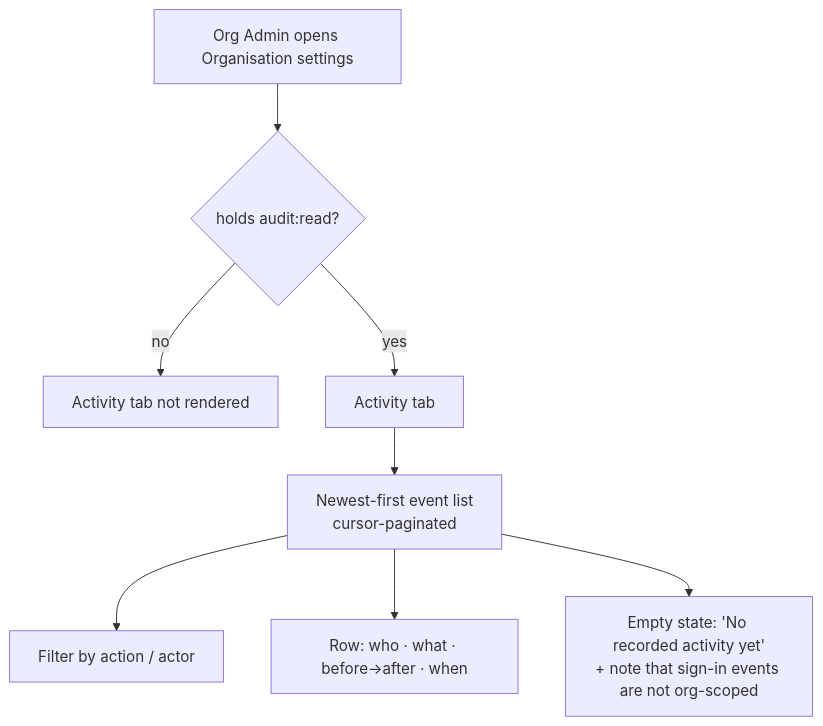
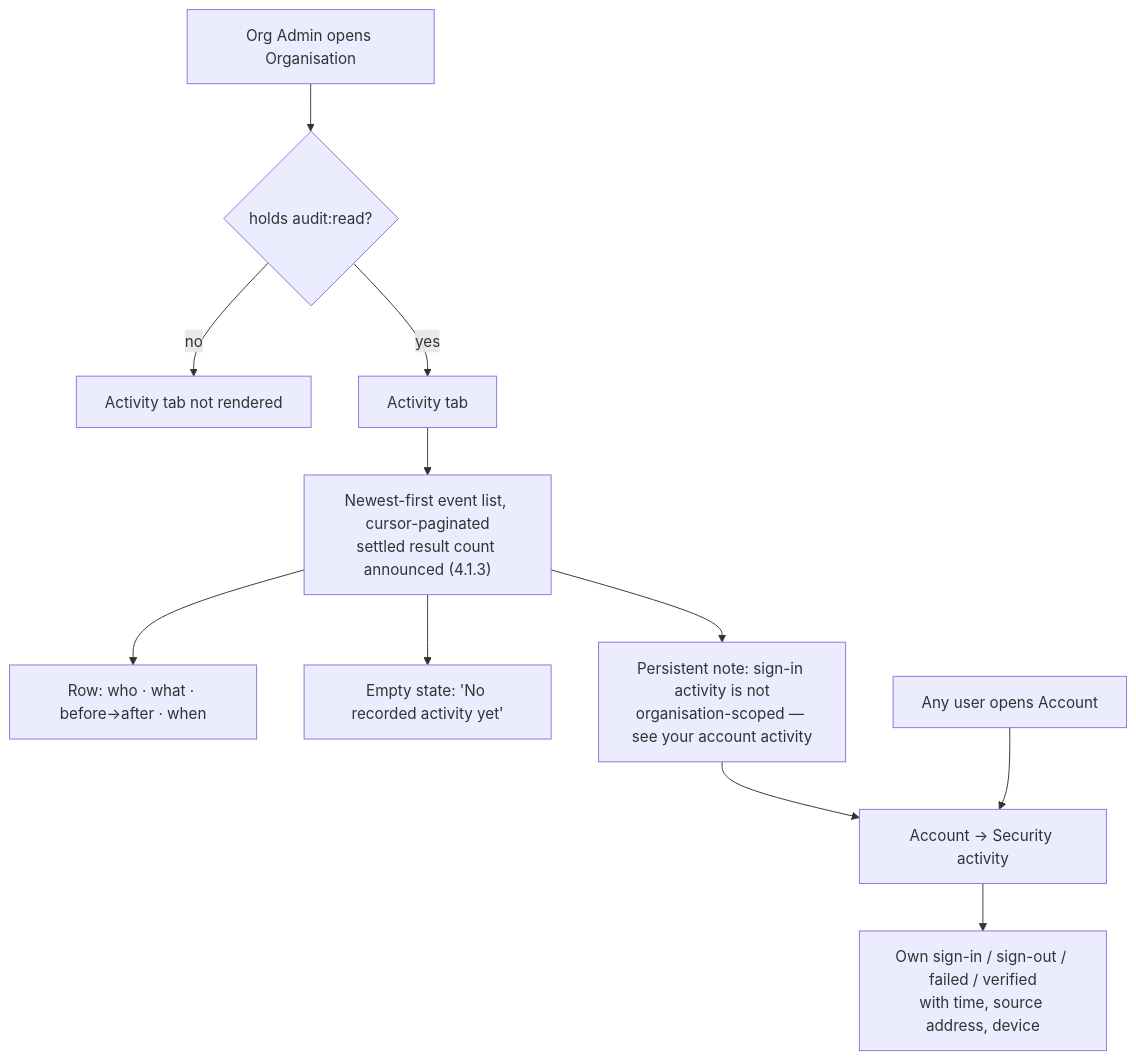
Before and after one commit to HuttonHomeHub/SchedulePoint_1: the fourth of 5 diagrams in docs/specs/audit-log/feature-spec.md, drawn with Mermaid. The commit also changed other lines of this file and 4 other files, not shown here.

First line of the commit message:
feat(api): add the audit:read permission, granted to Org Admin only

````diff
--- a/docs/specs/audit-log/feature-spec.md
+++ b/docs/specs/audit-log/feature-spec.md
@@ -439,10 +614,14 @@
 ```mermaid
 flowchart TD
-  A["Org Admin opens Organisation settings"] --> B{"holds audit:read?"}
+  A["Org Admin opens Organisation"] --> B{"holds audit:read?"}
   B -- no --> C["Activity tab not rendered"]
   B -- yes --> D["Activity tab"]
-  D --> E["Newest-first event list<br/>cursor-paginated"]
-  E --> F["Filter by action / actor"]
+  D --> E["Newest-first event list, cursor-paginated<br/>settled result count announced (4.1.3)"]
   E --> G["Row: who · what · before→after · when"]
-  E --> H["Empty state: 'No recorded activity yet'<br/>+ note that sign-in events are not org-scoped"]
+  E --> H["Empty state: 'No recorded activity yet'"]
+  E --> I["Persistent note: sign-in activity is not<br/>organisation-scoped — see your account activity"]
+  I --> J["Account → Security activity"]
+
+  K["Any user opens Account"] --> J
+  J --> L["Own sign-in / sign-out / failed / verified<br/>with time, source address, device"]
 ```
````
